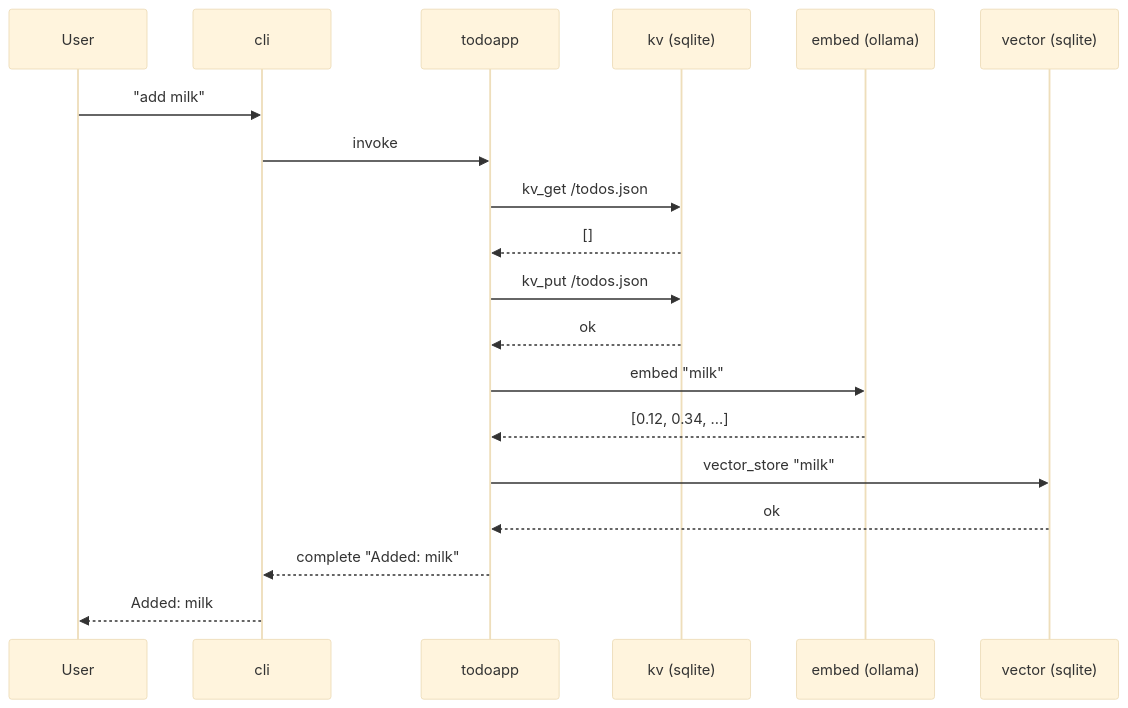
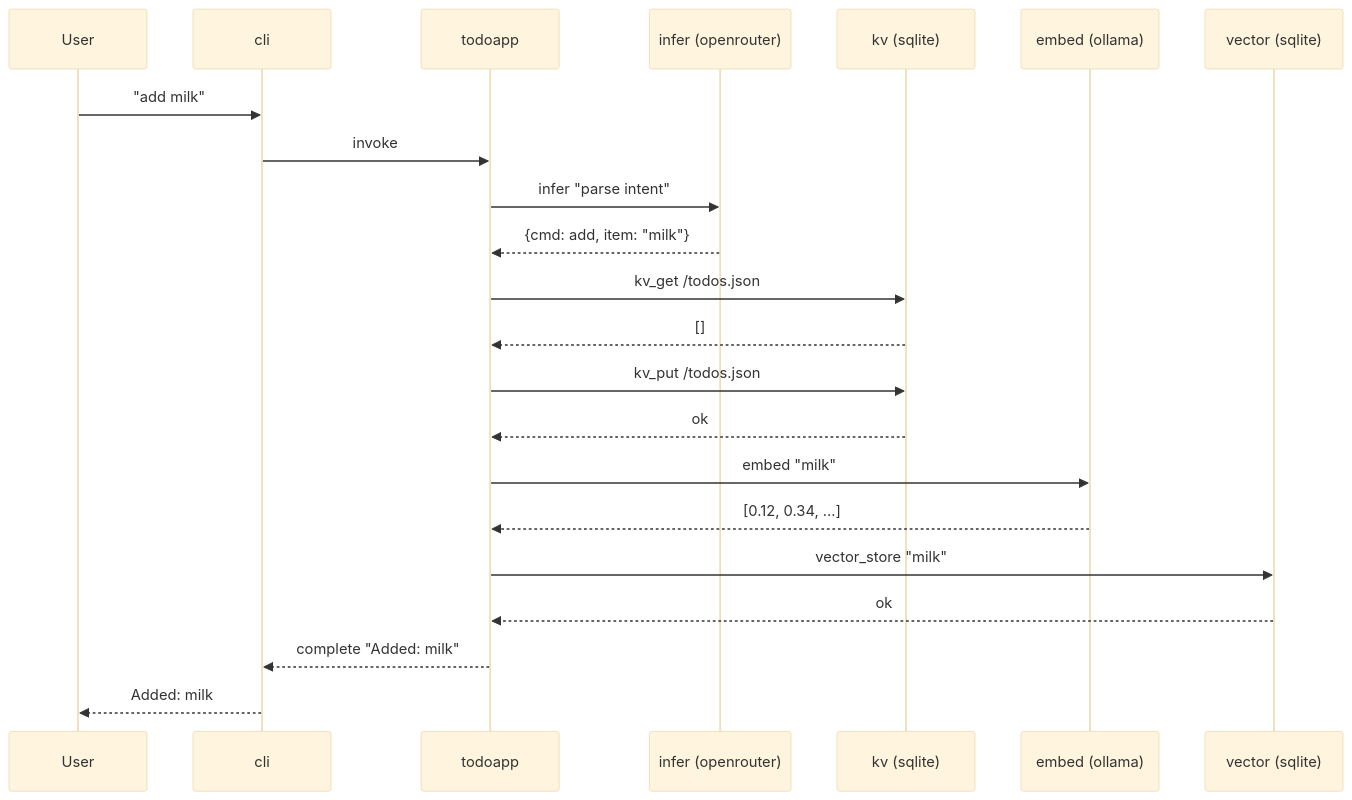
One commit to nitesh-77/vlindercli changed the diagram in docs/time-travel-demo-advanced.md. Above: the diagram before and after it, drawn with Mermaid (base theme). The commit also changed 3 other files, not shown here.

````diff
--- a/docs/time-travel-demo-advanced.md
+++ b/docs/time-travel-demo-advanced.md
@@ -33,22 +33,25 @@
 ```mermaid
 sequenceDiagram
     participant User
     participant CLI as cli
     participant Agent as todoapp
+    participant Infer as infer (openrouter)
     participant KV as kv (sqlite)
     participant Embed as embed (ollama)
     participant Vec as vector (sqlite)
 
     User->>CLI: "add milk"
     CLI->>Agent: invoke
+    Agent->>Infer: infer "parse intent"
+    Infer-->>Agent: {cmd: add, item: "milk"}
     Agent->>KV: kv_get /todos.json
     KV-->>Agent: []
     Agent->>KV: kv_put /todos.json
     KV-->>Agent: ok
     Agent->>Embed: embed "milk"
     Embed-->>Agent: [0.12, 0.34, ...]
     Agent->>Vec: vector_store "milk"
     Vec-->>Agent: ok
     Agent-->>CLI: complete "Added: milk"
     CLI-->>User: Added: milk
 ```
````
